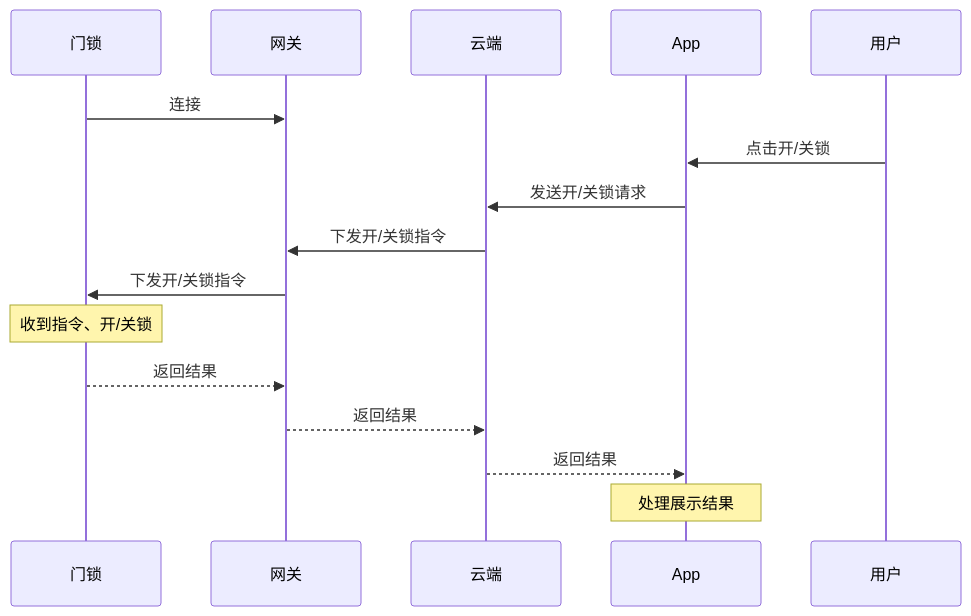
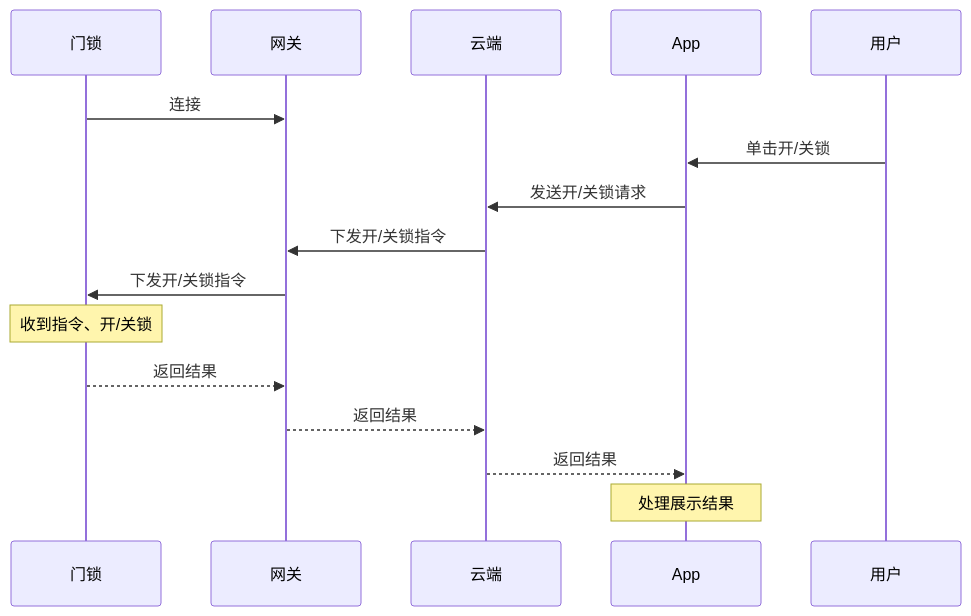
One commit to tuya/tuya-lock-android-demo changed the fifth of 11 diagrams in lock/README_zh.md. Above: the diagram before and after it, drawn with Mermaid. The commit also changed other lines of this file and 1 other file, not shown here.

````diff
--- a/lock/README_zh.md
+++ b/lock/README_zh.md
@@ -544,18 +564,18 @@
 ```mermaid
 sequenceDiagram
 participant D as 门锁
 participant G as 网关
 participant C as 云端
 participant A as App
 participant U as 用户
 D->>G: 连接
-U->>A: 点击开/关锁
+U->>A: 单击开/关锁
 A->>C: 发送开/关锁请求
 C->>G: 下发开/关锁指令
 G->>D: 下发开/关锁指令
 Note over D: 收到指令、开/关锁
 D-->>G: 返回结果
 G-->>C: 返回结果
 C-->>A: 返回结果
 Note over A: 处理展示结果
 ```
````
